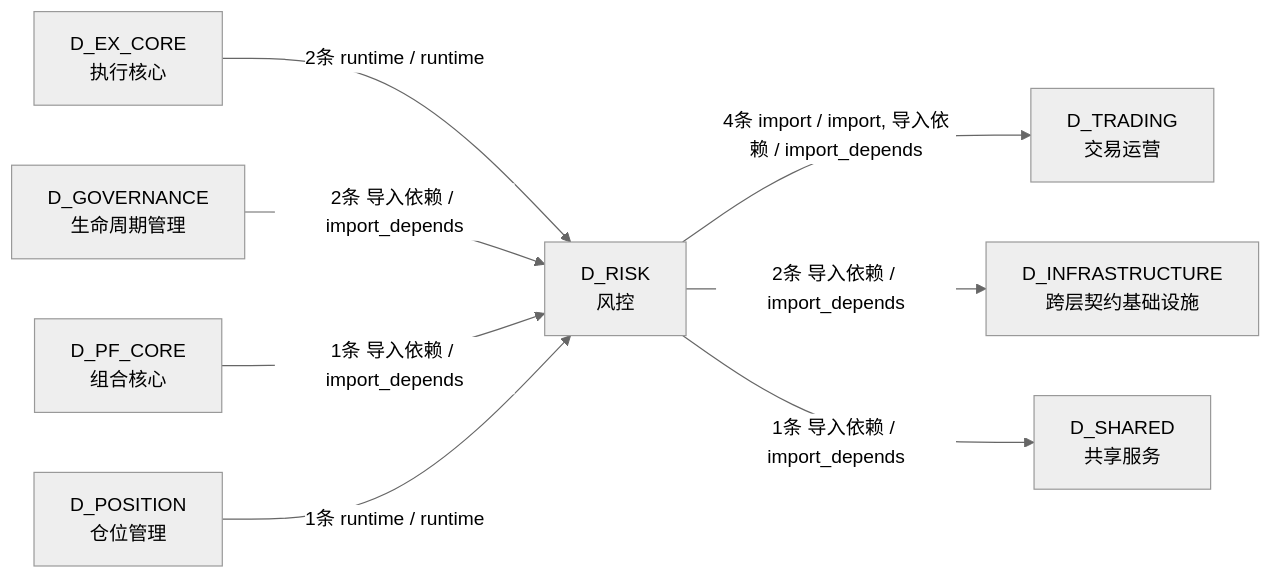
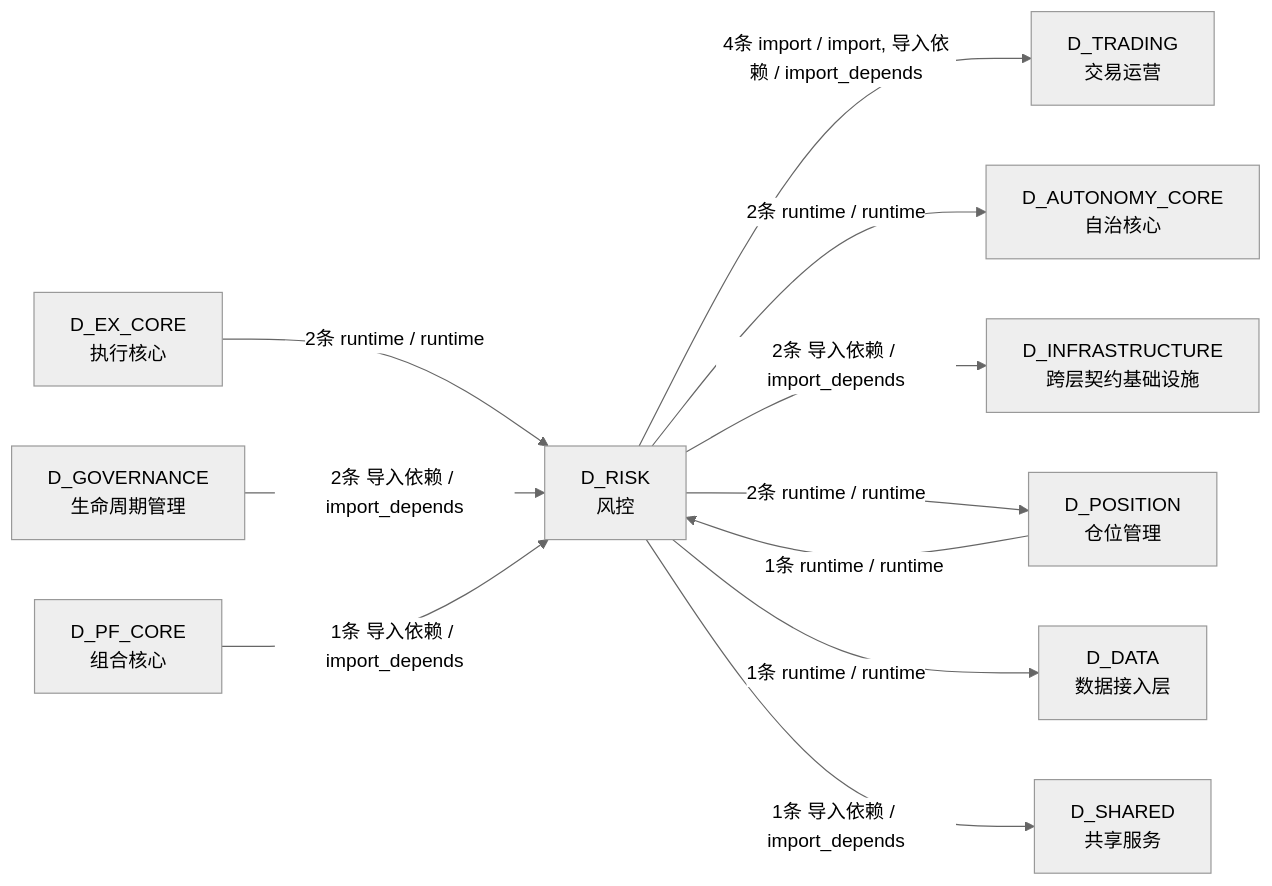
The third of 3 diagrams in docs/02_enterprise_architecture/02_domain_architecture_docs/65_d_risk.md (xuanFelixVan/ZephyrAlpha), drawn with Mermaid (neutral theme) before and after one commit. The commit also changed other lines of this file and 18 other files, not shown here.

````diff
--- a/docs/02_enterprise_architecture/02_domain_architecture_docs/65_d_risk.md
+++ b/docs/02_enterprise_architecture/02_domain_architecture_docs/65_d_risk.md
@@ -208,18 +208,23 @@
 ```mermaid
 graph LR
     D_RISK["D_RISK<br/>风控"]
     D_TRADING["D_TRADING<br/>交易运营"]
+    D_AUTONOMY_CORE["D_AUTONOMY_CORE<br/>自治核心"]
     D_INFRASTRUCTURE["D_INFRASTRUCTURE<br/>跨层契约基础设施"]
+    D_POSITION["D_POSITION<br/>仓位管理"]
+    D_DATA["D_DATA<br/>数据接入层"]
     D_SHARED["D_SHARED<br/>共享服务"]
     D_EX_CORE["D_EX_CORE<br/>执行核心"]
     D_GOVERNANCE["D_GOVERNANCE<br/>生命周期管理"]
     D_PF_CORE["D_PF_CORE<br/>组合核心"]
-    D_POSITION["D_POSITION<br/>仓位管理"]
     D_RISK -->|4条 import / import, 导入依赖 / import_depends| D_TRADING
+    D_RISK -->|2条 runtime / runtime| D_AUTONOMY_CORE
     D_RISK -->|2条 导入依赖 / import_depends| D_INFRASTRUCTURE
+    D_RISK -->|2条 runtime / runtime| D_POSITION
+    D_RISK -->|1条 runtime / runtime| D_DATA
     D_RISK -->|1条 导入依赖 / import_depends| D_SHARED
     D_EX_CORE -->|2条 runtime / runtime| D_RISK
     D_GOVERNANCE -->|2条 导入依赖 / import_depends| D_RISK
     D_PF_CORE -->|1条 导入依赖 / import_depends| D_RISK
     D_POSITION -->|1条 runtime / runtime| D_RISK
 ```
````
